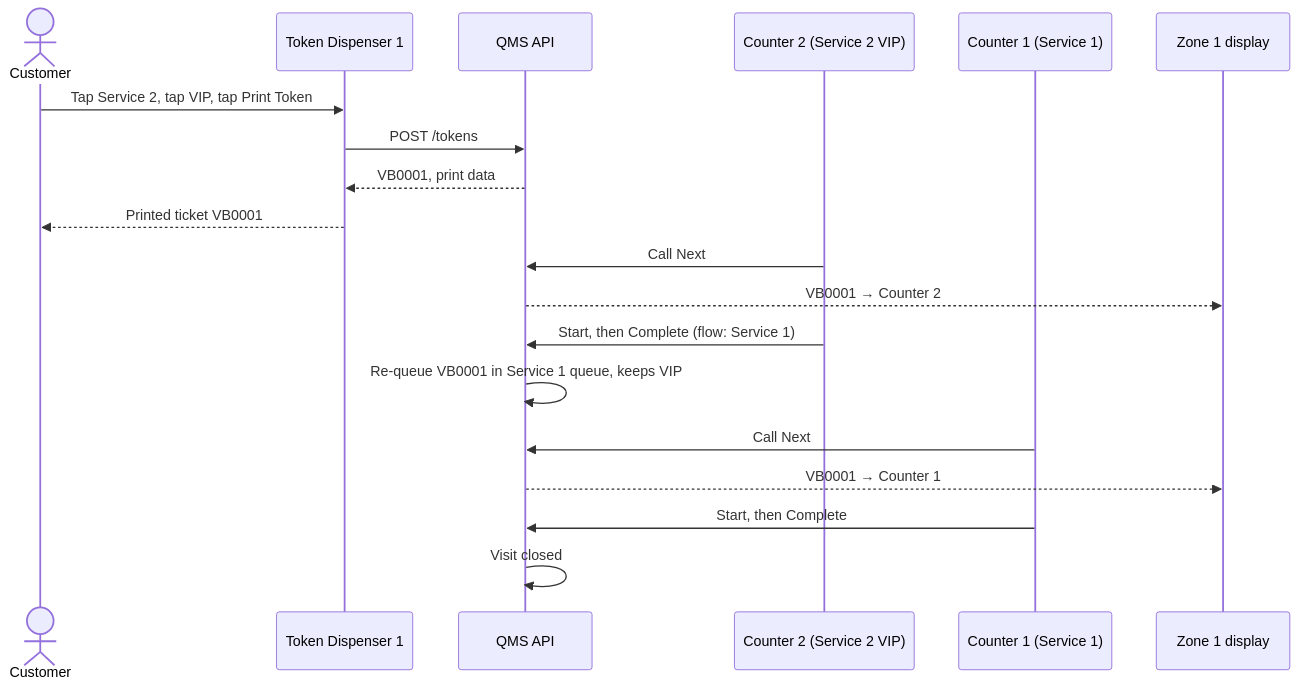
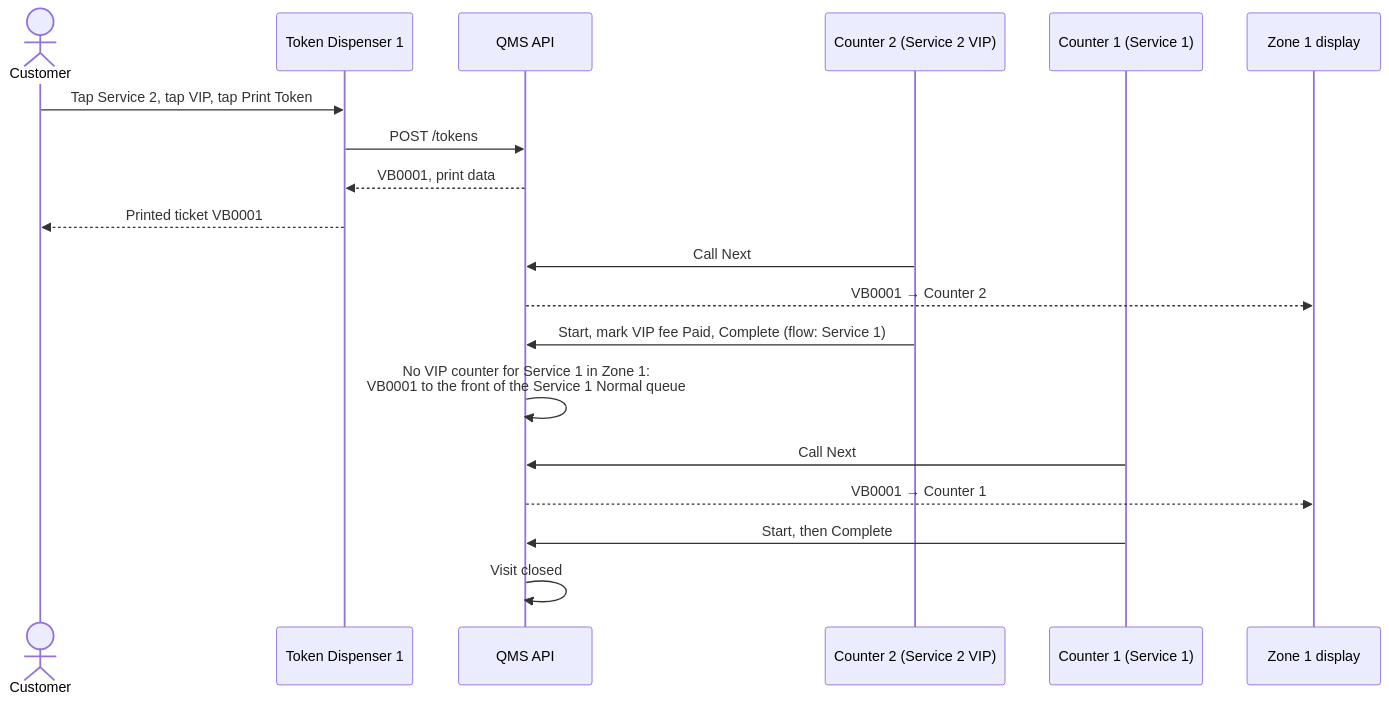
One commit to aruntalexanderdev/qms_qflow changed the seventh of 7 diagrams in docs/PROJECT_SPEC.md. Above: the diagram before and after it, drawn with Mermaid. The commit also changed other lines of this file and 24 other files, not shown here.

````diff
--- a/docs/PROJECT_SPEC.md
+++ b/docs/PROJECT_SPEC.md
@@ -274,21 +308,21 @@
 ```mermaid
 sequenceDiagram
   actor Cu as Customer
   participant D as Token Dispenser 1
   participant API as QMS API
   participant C2 as Counter 2 (Service 2 VIP)
   participant C1 as Counter 1 (Service 1)
   participant ZD as Zone 1 display
   Cu->>D: Tap Service 2, tap VIP, tap Print Token
   D->>API: POST /tokens
   API-->>D: VB0001, print data
   D-->>Cu: Printed ticket VB0001
   C2->>API: Call Next
   API-->>ZD: VB0001 → Counter 2
-  C2->>API: Start, then Complete (flow: Service 1)
-  API->>API: Re-queue VB0001 in Service 1 queue, keeps VIP
+  C2->>API: Start, mark VIP fee Paid, Complete (flow: Service 1)
+  API->>API: No VIP counter for Service 1 in Zone 1:<br/>VB0001 to the front of the Service 1 Normal queue
   C1->>API: Call Next
   API-->>ZD: VB0001 → Counter 1
   C1->>API: Start, then Complete
   API->>API: Visit closed
 ```
````
